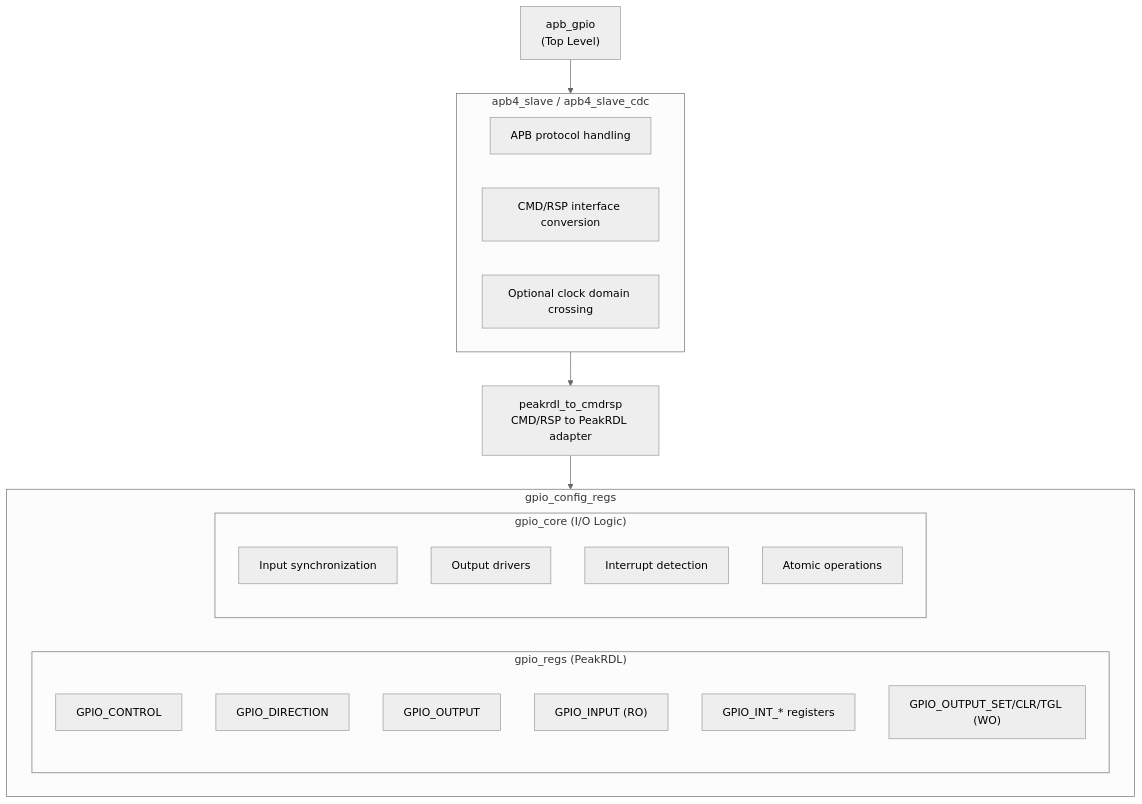
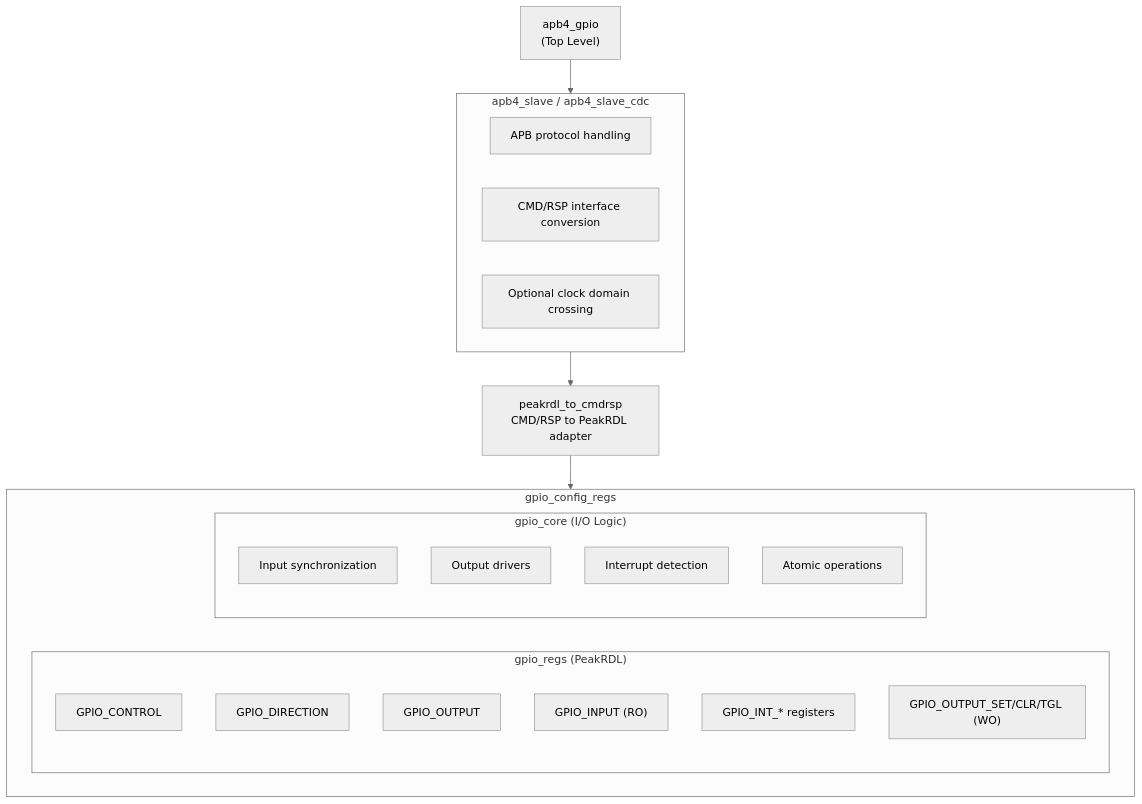
One commit to sean-galloway/RTLDesignSherpa changed the diagram in projects/components/retro_legacy_blocks/docs/gpio_mas/assets/mermaid/gpio_module_hierarchy.mmd. Above: the diagram before and after it, drawn with Mermaid. The commit also changed 751 other files, not shown here.

```diff
--- a/projects/components/retro_legacy_blocks/docs/gpio_mas/assets/mermaid/gpio_module_hierarchy.mmd
+++ b/projects/components/retro_legacy_blocks/docs/gpio_mas/assets/mermaid/gpio_module_hierarchy.mmd
@@ -1,32 +1,32 @@
 %%{init: {'theme': 'neutral'}}%%
 flowchart TB
-    APB_GPIO["apb_gpio<br/>(Top Level)"]
+    APB_GPIO["apb4_gpio<br/>(Top Level)"]
 
     subgraph APB_SLAVE["apb4_slave / apb4_slave_cdc"]
         APB_PROTO["APB protocol handling"]
         CMD_RSP["CMD/RSP interface conversion"]
         CDC_OPT["Optional clock domain crossing"]
     end
 
     PEAKRDL["peakrdl_to_cmdrsp<br/>CMD/RSP to PeakRDL adapter"]
 
     subgraph CONFIG_REGS["gpio_config_regs"]
         subgraph GPIO_REGS["gpio_regs (PeakRDL)"]
             CTRL["GPIO_CONTROL"]
             DIR["GPIO_DIRECTION"]
             OUT["GPIO_OUTPUT"]
             IN["GPIO_INPUT (RO)"]
             INT["GPIO_INT_* registers"]
             ATOMIC["GPIO_OUTPUT_SET/CLR/TGL (WO)"]
         end
         subgraph GPIO_CORE["gpio_core (I/O Logic)"]
             SYNC["Input synchronization"]
             DRV["Output drivers"]
             INT_DET["Interrupt detection"]
             ATOM_OP["Atomic operations"]
         end
     end
 
     APB_GPIO --> APB_SLAVE
     APB_SLAVE --> PEAKRDL
     PEAKRDL --> CONFIG_REGS
```
